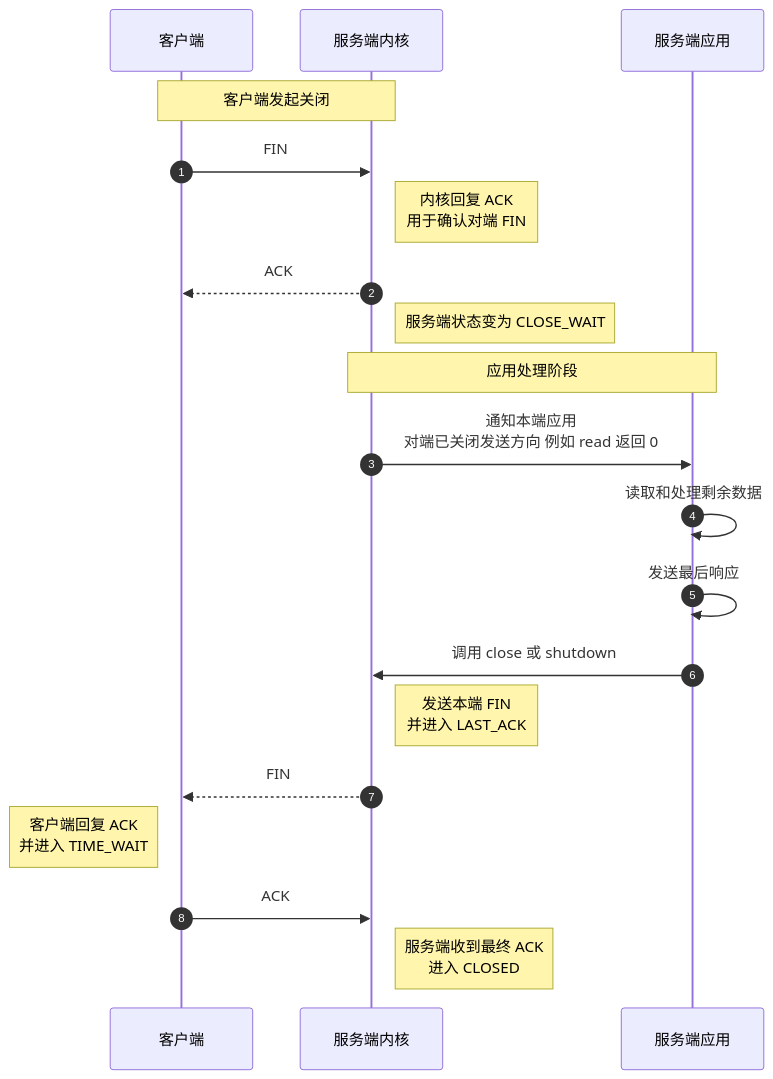
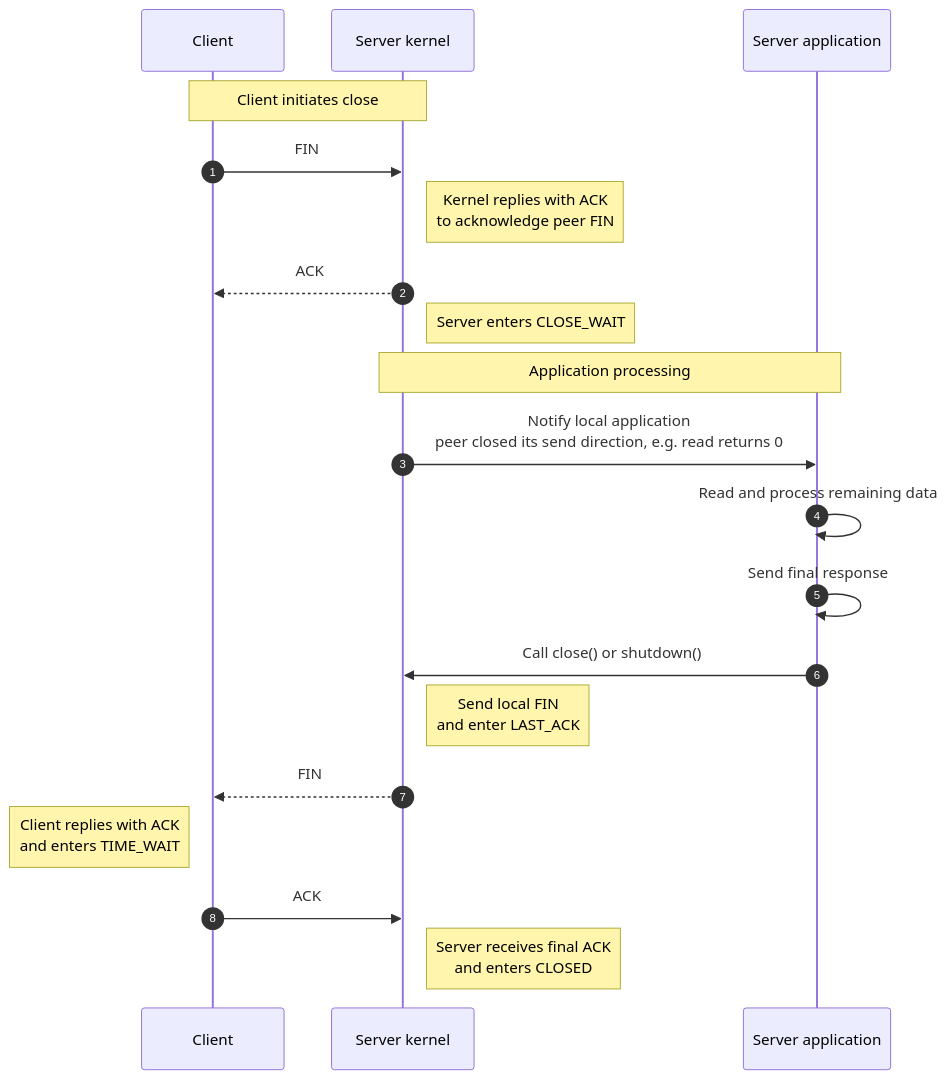
One commit to m3h3d1/JavaGuideEn changed the fourth of 5 diagrams in docs/cs-basics/network/tcp-connection-and-disconnection.md. Above: the diagram before and after it, drawn with Mermaid. The commit also changed other lines of this file and 71 other files, not shown here.

````diff
--- a/docs/cs-basics/network/tcp-connection-and-disconnection.md
+++ b/docs/cs-basics/network/tcp-connection-and-disconnection.md
@@ -231,25 +230,25 @@
 ```mermaid
 sequenceDiagram
   autonumber
-  participant C as 客户端
-  participant K as 服务端内核
-  participant A as 服务端应用
+  participant C as Client
+  participant K as Server kernel
+  participant A as Server application
 
-  Note over C,K: 客户端发起关闭
+  Note over C,K: Client initiates close
   C->>K: FIN
-  Note right of K: 内核回复 ACK<br/>用于确认对端 FIN
+  Note right of K: Kernel replies with ACK<br/>to acknowledge peer FIN
   K-->>C: ACK
-  Note right of K: 服务端状态变为 CLOSE_WAIT
+  Note right of K: Server enters CLOSE_WAIT
 
-  Note over K,A: 应用处理阶段
-  K->>A: 通知本端应用<br/>对端已关闭发送方向 例如 read 返回 0
-  A->>A: 读取和处理剩余数据
-  A->>A: 发送最后响应
-  A->>K: 调用 close 或 shutdown
+  Note over K,A: Application processing
+  K->>A: Notify local application<br/>peer closed its send direction, e.g. read returns 0
+  A->>A: Read and process remaining data
+  A->>A: Send final response
+  A->>K: Call close() or shutdown()
 
-  Note right of K: 发送本端 FIN<br/>并进入 LAST_ACK
+  Note right of K: Send local FIN<br/>and enter LAST_ACK
   K-->>C: FIN
-  Note left of C: 客户端回复 ACK<br/>并进入 TIME_WAIT
+  Note left of C: Client replies with ACK<br/>and enters TIME_WAIT
   C->>K: ACK
-  Note right of K: 服务端收到最终 ACK<br/>进入 CLOSED
+  Note right of K: Server receives final ACK<br/>and enters CLOSED
 ```
````
